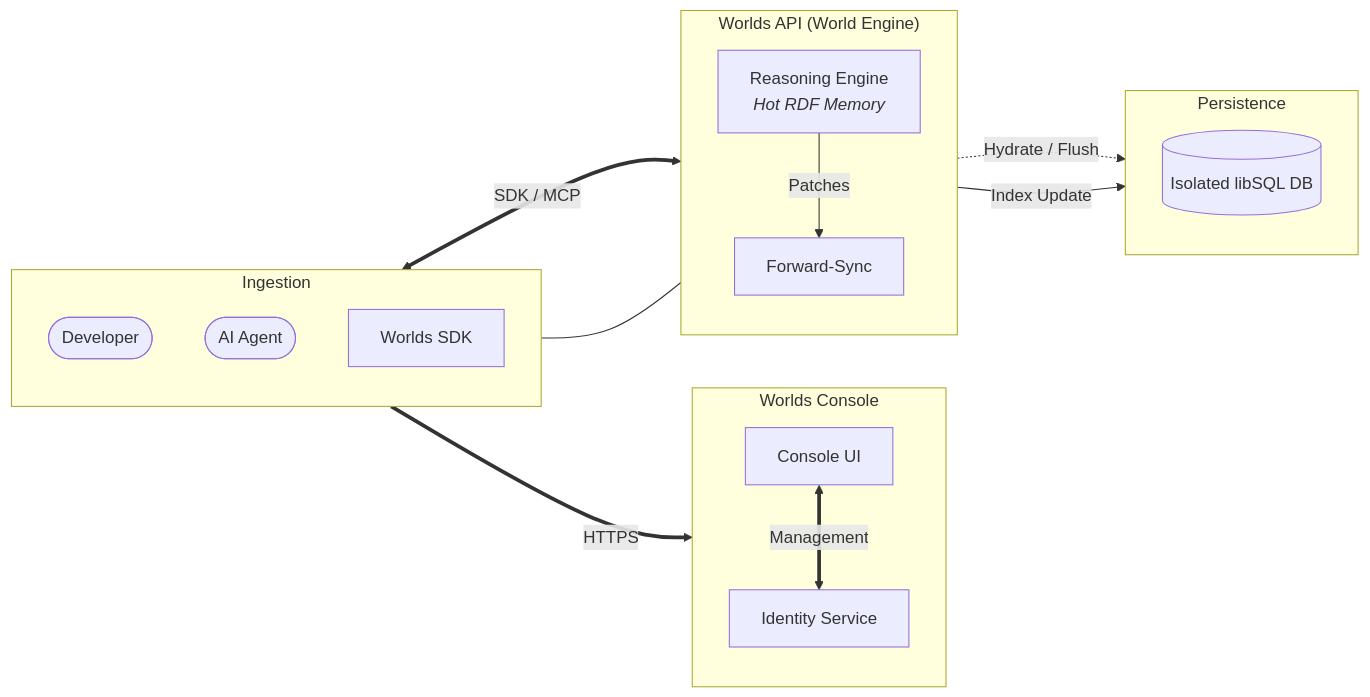
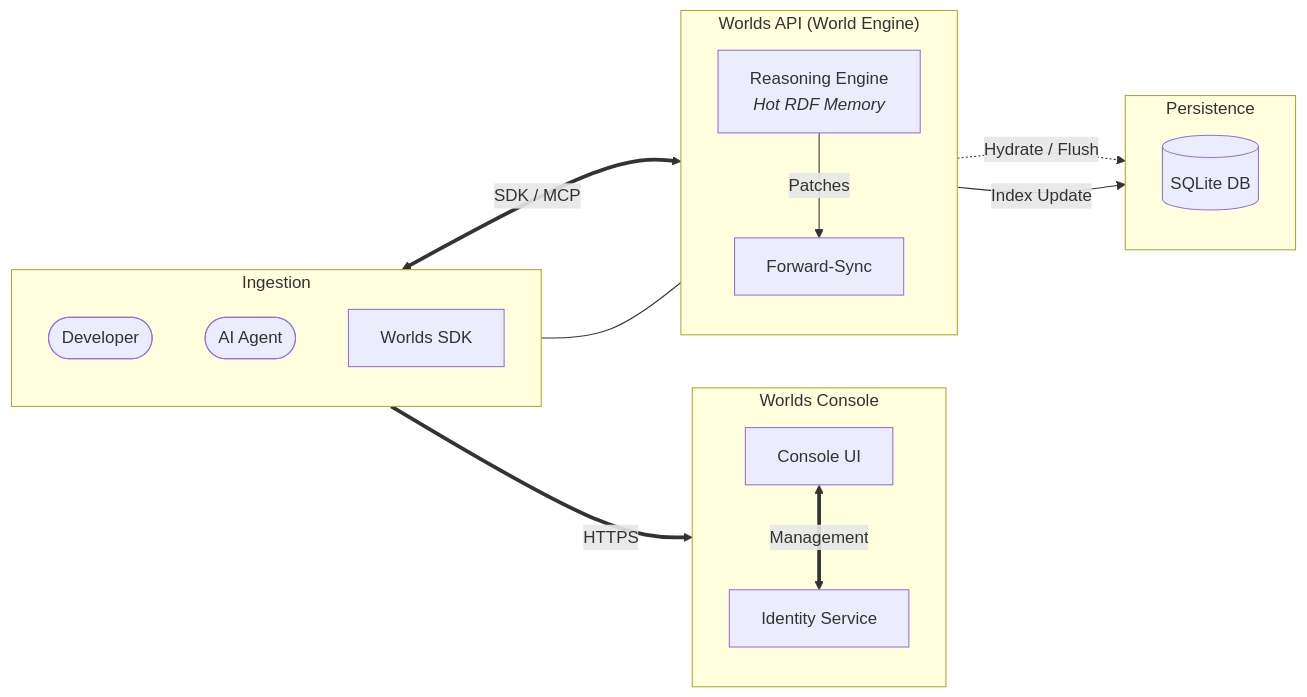
The first of 4 diagrams in packages/docs/contribute/architecture.mdx (wazootech/worlds), drawn with Mermaid before and after one commit. The commit also changed other lines of this file and 4 other files, not shown here.

````diff
--- a/packages/docs/contribute/architecture.mdx
+++ b/packages/docs/contribute/architecture.mdx
@@ -32,39 +32,39 @@
 ```mermaid
 graph LR
     subgraph Clients ["Ingestion"]
         direction TB
         Dev([Developer])
         Agent([AI Agent])
         SDK["Worlds SDK"]
     end
 
     subgraph Console ["Worlds Console"]
         direction TB
         ConsoleView[Console UI]
         Auth[Identity Service]
     end
 
     subgraph API ["Worlds API (World Engine)"]
         direction TB
         Engine["Reasoning Engine<br/><i>Hot RDF Memory</i>"]
         Sync["Forward-Sync"]
     end
 
     subgraph State ["Persistence"]
         direction TB
-        DB[("Isolated libSQL DB")]
+        DB[("SQLite DB")]
     end
 
     %% Human/Control Flow
     Dev ==>|HTTPS| ConsoleView
     ConsoleView <==>|Management| Auth
 
     %% Agent/Data Flow
     Agent <==>|SDK / MCP| Engine
     SDK --- Engine
 
     %% Internal Processing
     Engine -.->|Hydrate / Flush| DB
     Engine -->|Patches| Sync
     Sync -->|Index Update| DB
 ```
````
